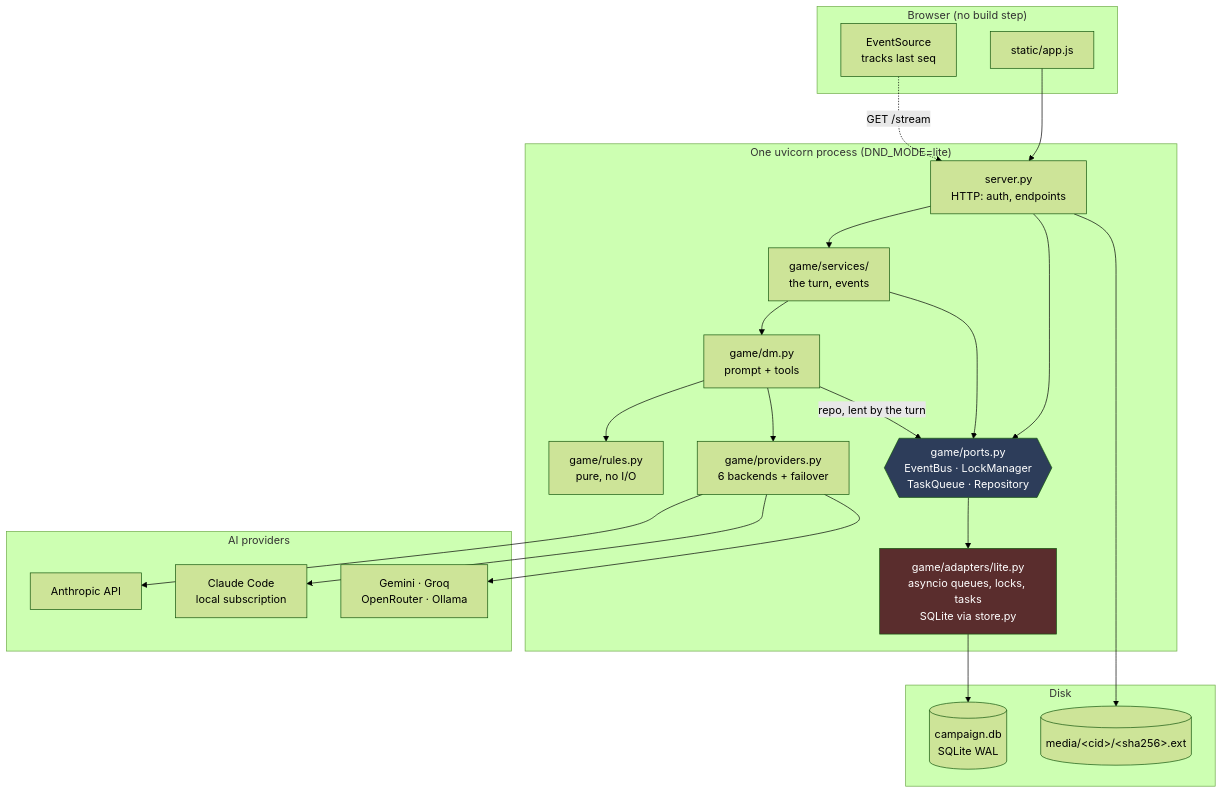
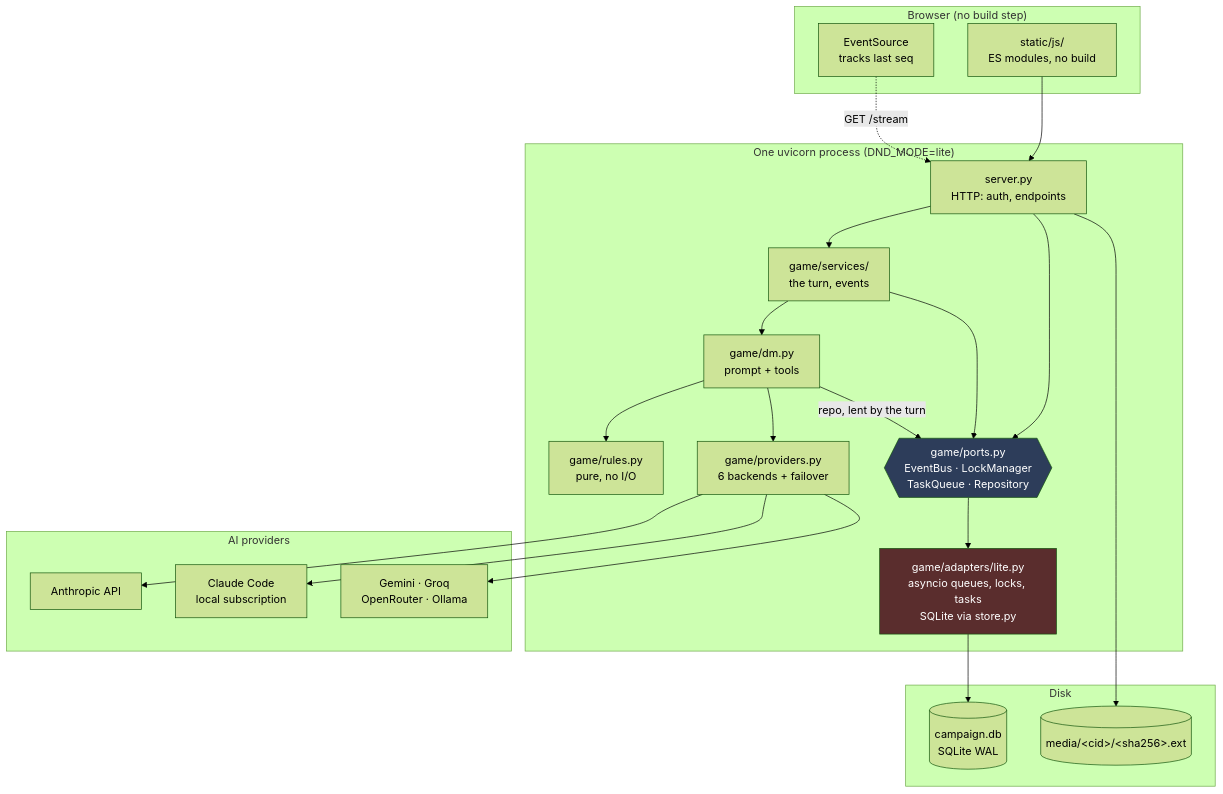
The first of 5 diagrams in ARCHITECTURE.md (theam-ops/ai-dungeon-master), drawn with Mermaid (forest theme) before and after one commit. The commit also changed other lines of this file and 35 other files, not shown here.

````diff
--- a/ARCHITECTURE.md
+++ b/ARCHITECTURE.md
@@ -50,42 +50,42 @@
 ```mermaid
 graph TB
     subgraph Browser["Browser (no build step)"]
-        UI["static/app.js"]
+        UI["static/js/<br/>ES modules, no build"]
         SSE["EventSource<br/>tracks last seq"]
     end
 
     subgraph Process["One uvicorn process (DND_MODE=lite)"]
         API["server.py<br/>HTTP: auth, endpoints"]
         SVC["game/services/<br/>the turn, events"]
         DM["game/dm.py<br/>prompt + tools"]
         RULES["game/rules.py<br/>pure, no I/O"]
         PROV["game/providers.py<br/>6 backends + failover"]
         PORTS{{"game/ports.py<br/>EventBus · LockManager<br/>TaskQueue · Repository"}}
         LITE["game/adapters/lite.py<br/>asyncio queues, locks, tasks<br/>SQLite via store.py"]
     end
 
     subgraph Disk
         DB[("campaign.db<br/>SQLite WAL")]
         MEDIA[("media/&lt;cid&gt;/&lt;sha256&gt;.ext")]
     end
 
     subgraph External["AI providers"]
         CA["Anthropic API"]
         CC["Claude Code<br/>local subscription"]
         OTHER["Gemini · Groq<br/>OpenRouter · Ollama"]
     end
 
     UI --> API
     SSE -.->|"GET /stream"| API
     API --> SVC
     API --> PORTS
     SVC --> PORTS
     SVC --> DM --> RULES
     DM --> PROV --> CA & CC & OTHER
     DM -->|"repo, lent by the turn"| PORTS
     PORTS --> LITE --> DB
     API --> MEDIA
 
     style PORTS fill:#2d3d5a,color:#fff
     style LITE fill:#5a2d2d,color:#fff
 ```
````
